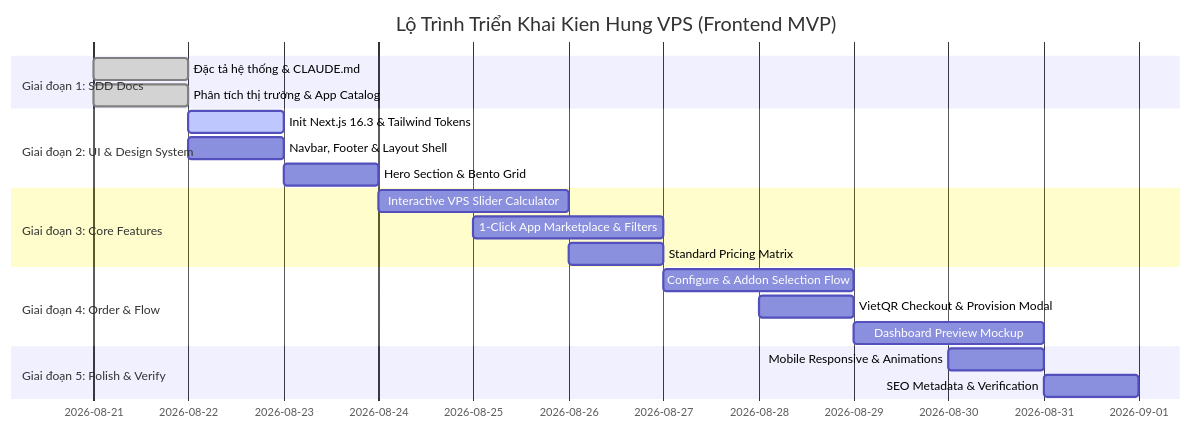
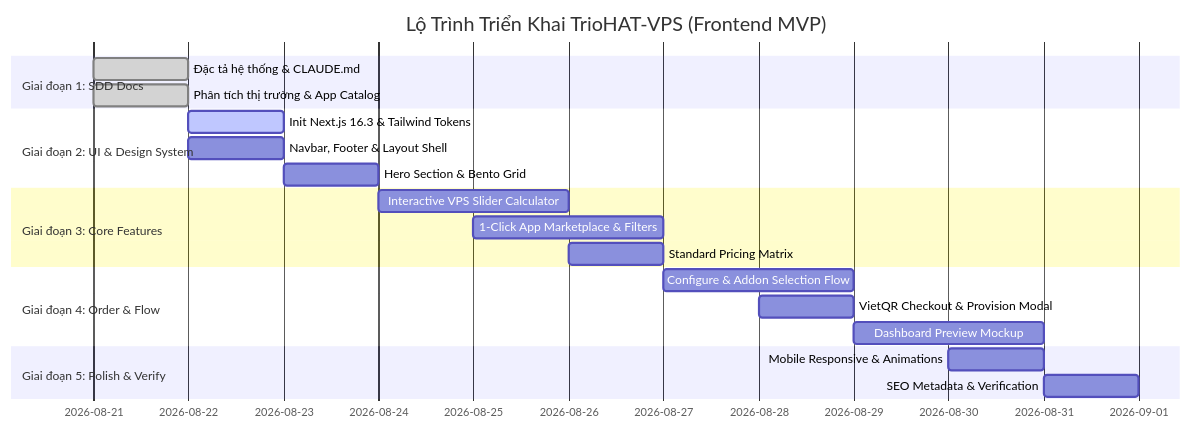
One commit to TrioHAT-Solutions/kienhung-vps changed the diagram in docs/05_MVP_ROADMAP.md. Above: the diagram before and after it, drawn with Mermaid. The commit also changed other lines of this file and 64 other files, not shown here.

````diff
--- a/docs/05_MVP_ROADMAP.md
+++ b/docs/05_MVP_ROADMAP.md
@@ -21,23 +21,23 @@
 ```mermaid
 gantt
-    title Lộ Trình Triển Khai Kien Hung VPS (Frontend MVP)
+    title Lộ Trình Triển Khai TrioHAT-VPS (Frontend MVP)
     dateFormat  YYYY-MM-DD
     section Giai đoạn 1: SDD Docs
     Đặc tả hệ thống & CLAUDE.md       :done,    des1, 2026-08-21, 1d
     Phân tích thị trường & App Catalog :done,    des2, 2026-08-21, 1d
     section Giai đoạn 2: UI & Design System
     Init Next.js 16.3 & Tailwind Tokens :active,  ui1, 2026-08-22, 1d
     Navbar, Footer & Layout Shell     :         ui2, 2026-08-22, 1d
     Hero Section & Bento Grid         :         ui3, 2026-08-23, 1d
     section Giai đoạn 3: Core Features
     Interactive VPS Slider Calculator :         feat1, 2026-08-24, 2d
     1-Click App Marketplace & Filters :         feat2, 2026-08-25, 2d
     Standard Pricing Matrix           :         feat3, 2026-08-26, 1d
     section Giai đoạn 4: Order & Flow
     Configure & Addon Selection Flow  :         flow1, 2026-08-27, 2d
     VietQR Checkout & Provision Modal :         flow2, 2026-08-28, 1d
     Dashboard Preview Mockup          :         flow3, 2026-08-29, 2d
     section Giai đoạn 5: Polish & Verify
     Mobile Responsive & Animations    :         pol1, 2026-08-30, 1d
     SEO Metadata & Verification       :         pol2, 2026-08-31, 1d
 ```
````
